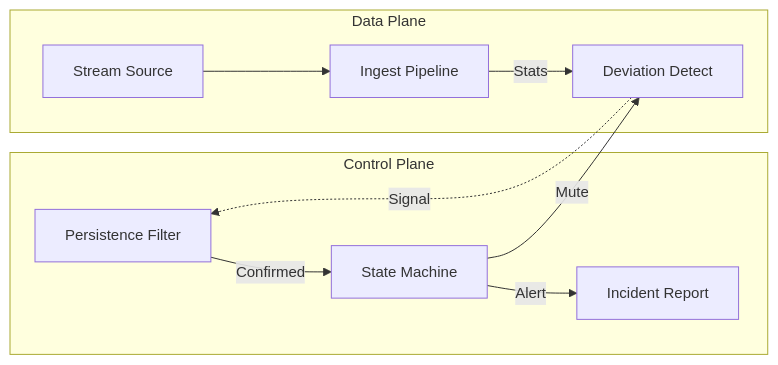
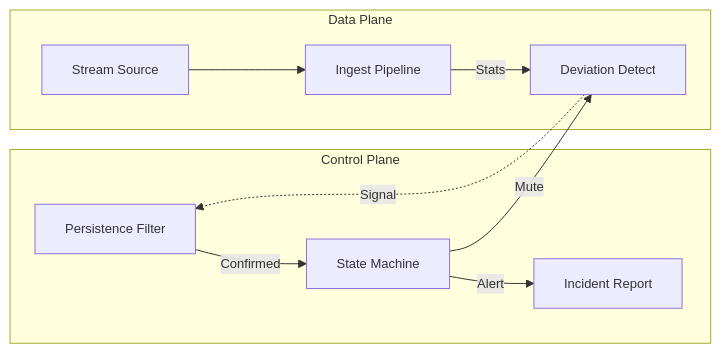
Before and after one commit to Mihirmaru22/BLACKICE: the diagram in README.md, drawn with Mermaid.

Commit message:
docs: reduce mermaid font size to 13px and restore original theme

````diff
--- a/README.md
+++ b/README.md
@@ -74,30 +74,30 @@
 ```mermaid
-%%{init: {'theme': 'default', 'themeVariables': { 'fontSize': '15px'}}}%%
+%%{init: {'themeVariables': { 'fontSize': '13px'}}}%%
 graph LR
   %% 1. Define Subgraphs
   subgraph Control["Control Plane"]
     PF[Persistence Filter]
     SM[State Machine]
     IR[Incident Report]
   end
 
   subgraph Data["Data Plane"]
     SS[Stream Source]
     IP[Ingest Pipeline]
     DD[Deviation Detect]
   end
 
   %% 2. Data Plane Flow
   SS --> IP
   IP -->|Stats| DD
 
   %% 3. Cross-Layer Signal
   DD -.->|Signal| PF
 
   %% 4. Control Plane Flow
   PF -->|Confirmed| SM
   SM -->|Alert| IR
 
   %% 5. Feedback Loop
   SM -->|Mute| DD
 ```
````
